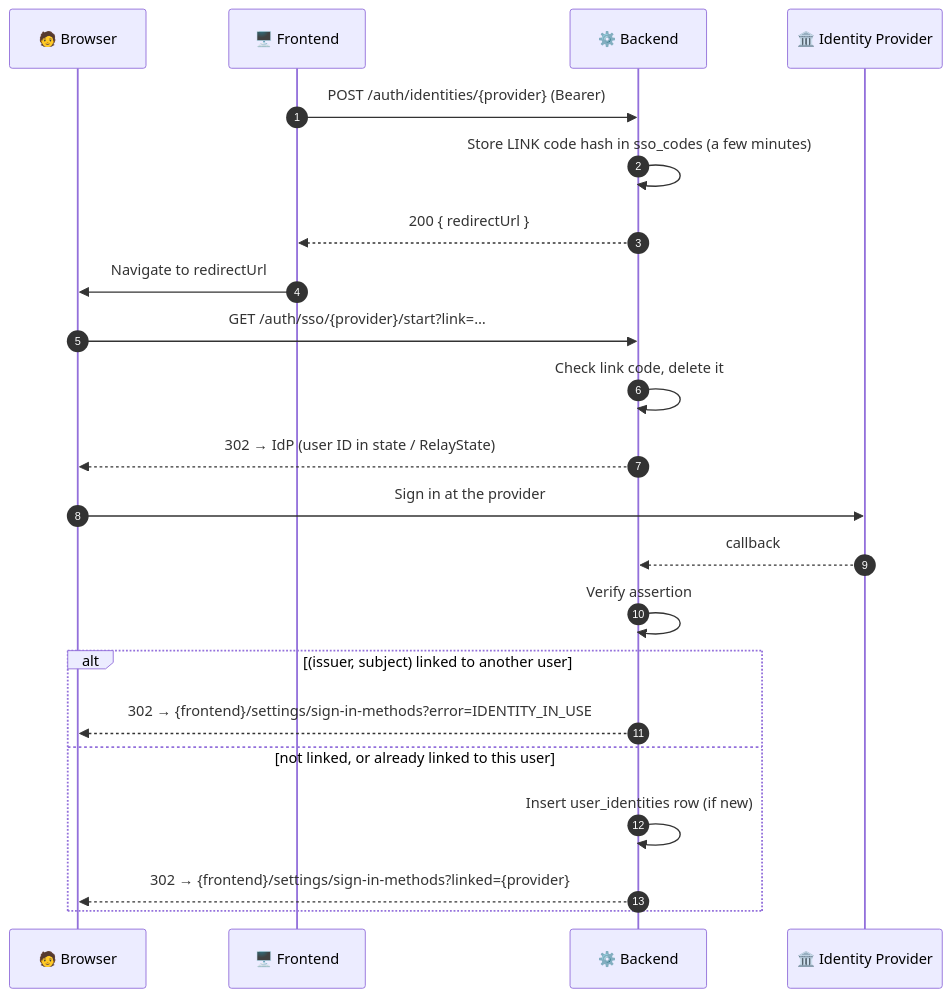
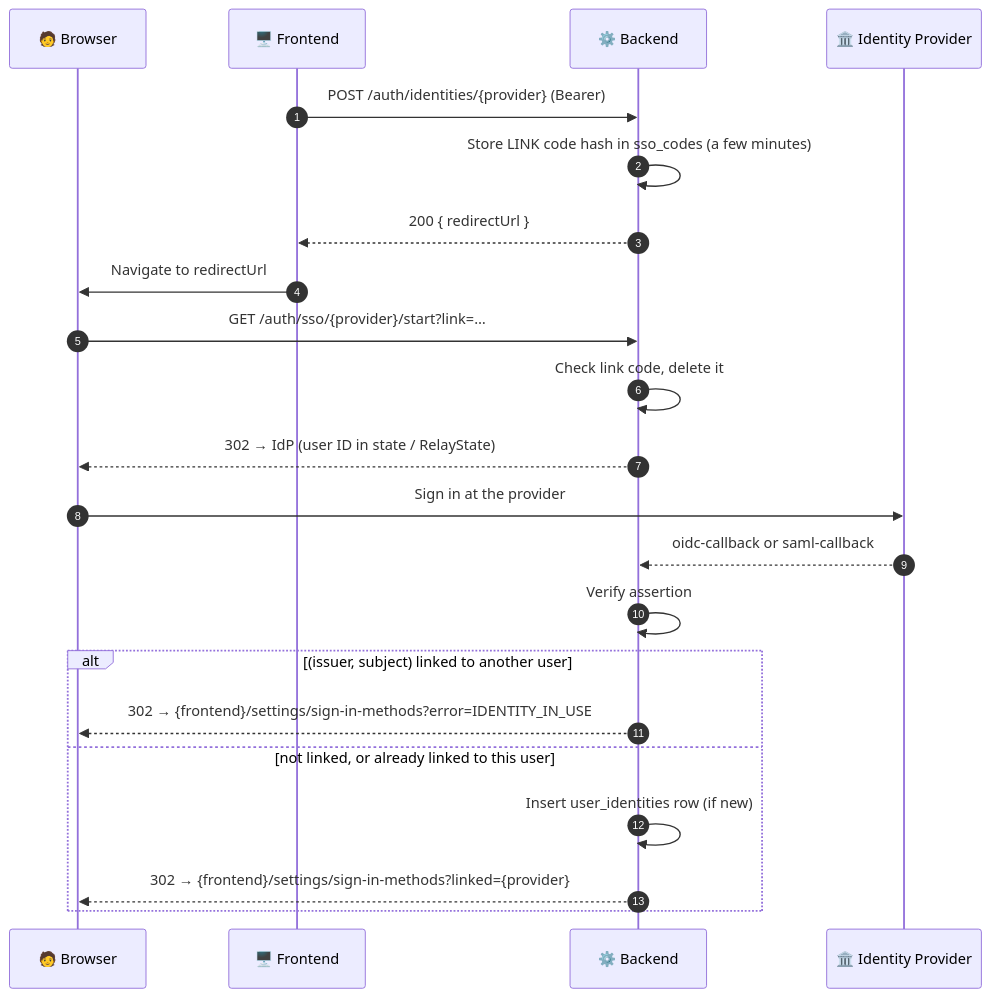
Before and after one commit to openshelves-labs/openshelves: the seventh of 7 diagrams in docs/api-design/01-auth-sessions.md, drawn with Mermaid. The commit also changed other lines of this file and 16 other files, not shown here.

Commit message:
feat: implement SSO support with OIDC and SAML, including cookie management and provider registration

````diff
--- a/docs/api-design/01-auth-sessions.md
+++ b/docs/api-design/01-auth-sessions.md
@@ -436,25 +441,25 @@
 ```mermaid
 sequenceDiagram
     autonumber
     participant U as 🧑 Browser
     participant FE as 🖥️ Frontend
     participant BE as ⚙️ Backend
     participant IdP as 🏛️ Identity Provider
 
     FE->>BE: POST /auth/identities/{provider} (Bearer)
     BE->>BE: Store LINK code hash in sso_codes (a few minutes)
     BE-->>FE: 200 { redirectUrl }
     FE->>U: Navigate to redirectUrl
     U->>BE: GET /auth/sso/{provider}/start?link=…
     BE->>BE: Check link code, delete it
     BE-->>U: 302 → IdP (user ID in state / RelayState)
     U->>IdP: Sign in at the provider
-    IdP-->>BE: callback
+    IdP-->>BE: oidc-callback or saml-callback
     BE->>BE: Verify assertion
     alt (issuer, subject) linked to another user
         BE-->>U: 302 → {frontend}/settings/sign-in-methods?error=IDENTITY_IN_USE
     else not linked, or already linked to this user
         BE->>BE: Insert user_identities row (if new)
         BE-->>U: 302 → {frontend}/settings/sign-in-methods?linked={provider}
     end
 ```
````
